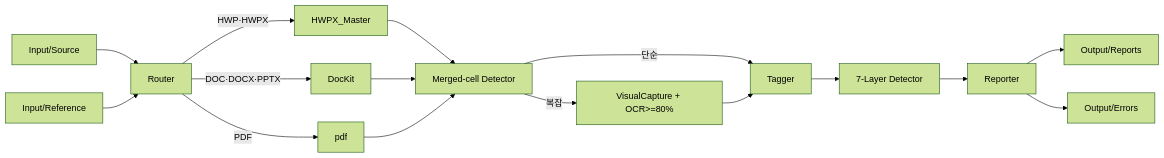
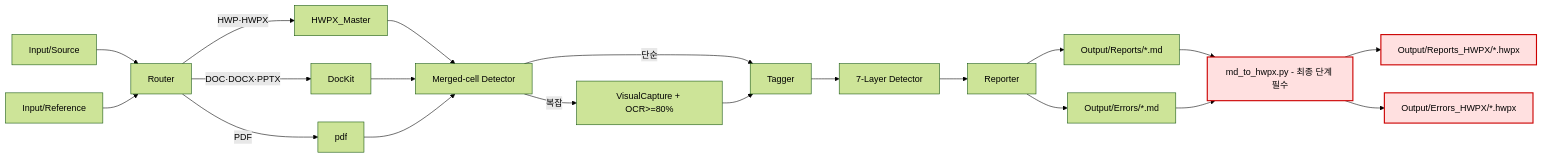
The diagram in Projects/260415_document_analyzer/README.md (pyu4277/Harness-AI-Workspace-Template), drawn with Mermaid (forest theme) before and after one commit. The commit also changed other lines of this file and 4 other files, not shown here.

````diff
--- a/Projects/260415_document_analyzer/README.md
+++ b/Projects/260415_document_analyzer/README.md
@@ -38,18 +38,25 @@
 ```mermaid
 flowchart LR
   S[Input/Source] --> R[Router]
   REF[Input/Reference] --> R
   R -->|HWP·HWPX| HM[HWPX_Master]
   R -->|DOC·DOCX·PPTX| DK[DocKit]
   R -->|PDF| PD[pdf]
   HM --> M[Merged-cell Detector]
   DK --> M
   PD --> M
   M -->|복잡| VC[VisualCapture + OCR>=80%]
   M -->|단순| T[Tagger]
   VC --> T
   T --> D[7-Layer Detector]
   D --> RP[Reporter]
-  RP --> O1[Output/Reports]
-  RP --> O2[Output/Errors]
+  RP --> O1[Output/Reports/*.md]
+  RP --> O2[Output/Errors/*.md]
+  O1 --> HX[md_to_hwpx.py - 최종 단계 필수]
+  O2 --> HX
+  HX --> H1[Output/Reports_HWPX/*.hwpx]
+  HX --> H2[Output/Errors_HWPX/*.hwpx]
+
+  classDef final fill:#ffe0e0,stroke:#c00,stroke-width:2px
+  class HX,H1,H2 final
 ```
````
